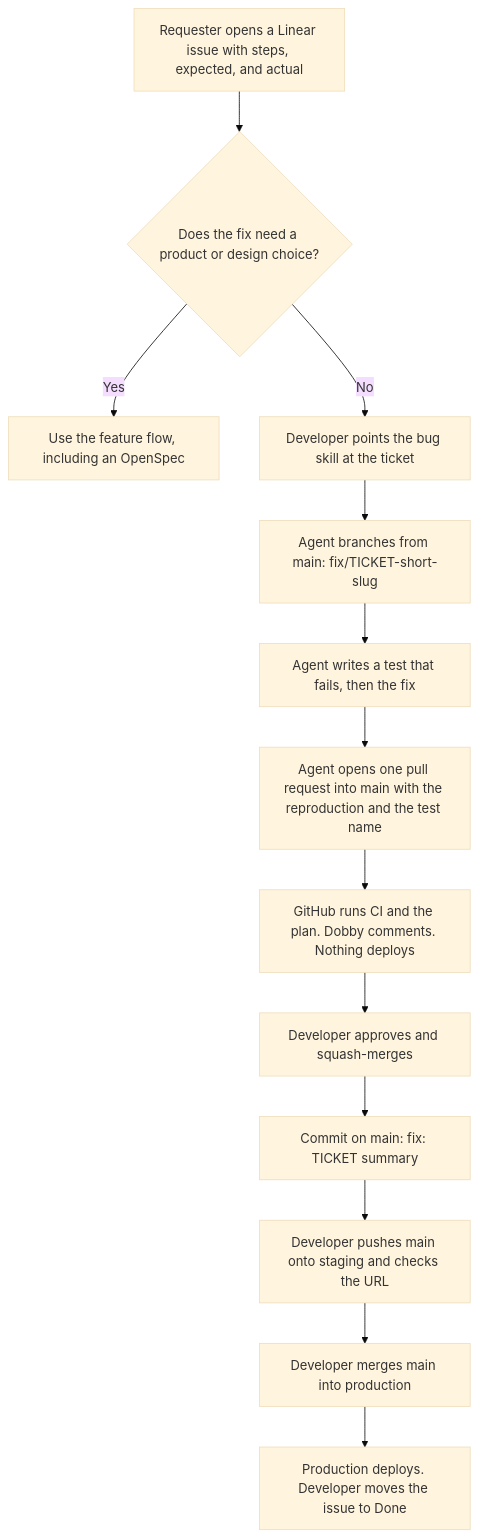
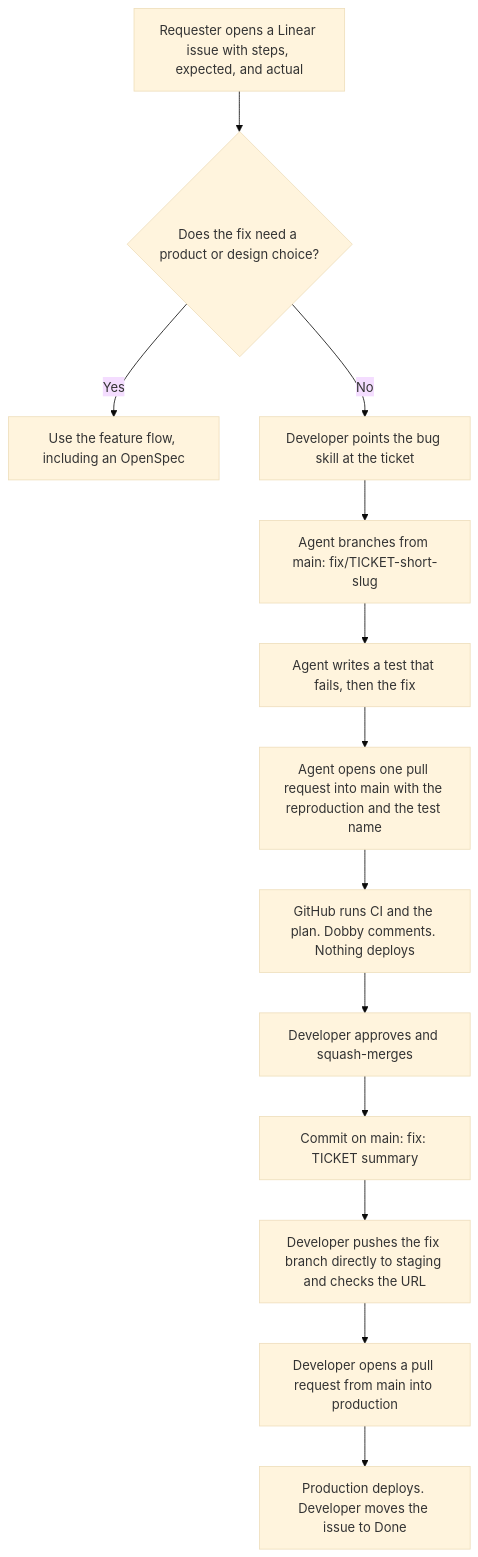
The third of 3 diagrams in docs/workflows.md (opptra/sdlc-resources), drawn with Mermaid (base theme) before and after one commit. The commit also changed other lines of this file and 12 other files, not shown here.

First line of the commit message:
Send main only to production and explain each scorecard row.

````diff
--- a/docs/workflows.md
+++ b/docs/workflows.md
@@ -64,15 +64,15 @@
 ```mermaid
 flowchart TD
   A[Requester opens a Linear issue with steps, expected, and actual] --> B{Does the fix need a product or design choice?}
   B -->|Yes| C[Use the feature flow, including an OpenSpec]
   B -->|No| D[Developer points the bug skill at the ticket]
   D --> E["Agent branches from main: fix/TICKET-short-slug"]
   E --> F[Agent writes a test that fails, then the fix]
   F --> G[Agent opens one pull request into main with the reproduction and the test name]
   G --> H[GitHub runs CI and the plan. Dobby comments. Nothing deploys]
   H --> I[Developer approves and squash-merges]
   I --> J["Commit on main: fix: TICKET summary"]
-  J --> K[Developer pushes main onto staging and checks the URL]
-  K --> L[Developer merges main into production]
+  J --> K[Developer pushes the fix branch directly to staging and checks the URL]
+  K --> L[Developer opens a pull request from main into production]
   L --> M[Production deploys. Developer moves the issue to Done]
 ```
````
